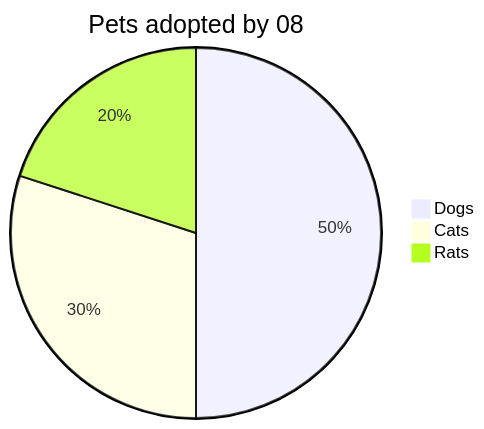
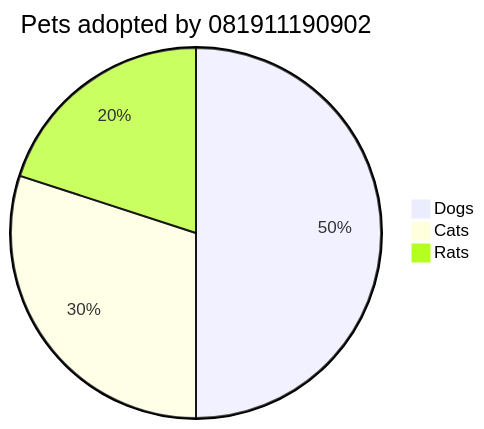
The diagram in all/Untitled.md (o81911190902/iodraw-files), drawn with Mermaid before and after one commit.

Commit message:
2025-01-18 20:47:23 update

````diff
--- a/all/Untitled.md
+++ b/all/Untitled.md
@@ -1,7 +1,7 @@
 ```mermaid
-pie title Pets adopted by 08
+pie title Pets adopted by 081911190902
     "Dogs" : 50
     "Cats" : 30
     "Rats" : 20
             
 ```
````
